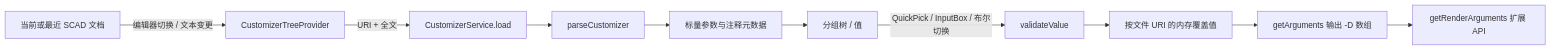
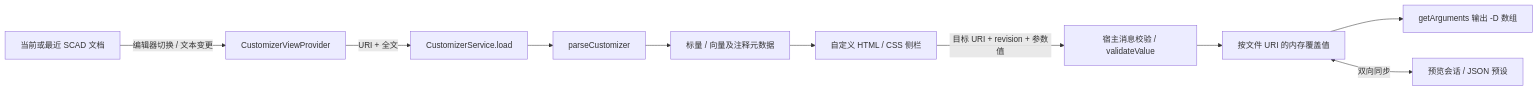
One commit to peterisdev42/scad-ai-ide changed the third of 3 diagrams in docs/architecture-research.md. Above: the diagram before and after it, drawn with Mermaid. The commit also changed other lines of this file and 113 other files, not shown here.

````diff
--- a/docs/architecture-research.md
+++ b/docs/architecture-research.md
@@ -120,12 +120,12 @@
 ```mermaid
 flowchart LR
-    Doc[当前或最近 SCAD 文档] -->|编辑器切换 / 文本变更| Tree[CustomizerTreeProvider]
-    Tree -->|URI + 全文| Service[CustomizerService.load]
+    Doc[当前或最近 SCAD 文档] -->|编辑器切换 / 文本变更| Provider[CustomizerViewProvider]
+    Provider -->|URI + 全文| Service[CustomizerService.load]
     Service --> Parser[parseCustomizer]
-    Parser --> Params[标量参数与注释元数据]
-    Params --> View[分组树 / 值]
-    View -->|QuickPick / InputBox / 布尔切换| Validate[validateValue]
+    Parser --> Params[标量 / 向量及注释元数据]
+    Params --> View[自定义 HTML / CSS 侧栏]
+    View -->|目标 URI + revision + 参数值| Validate[宿主消息校验 / validateValue]
     Validate --> Override[按文件 URI 的内存覆盖值]
     Override --> CLI[getArguments 输出 -D 数组]
-    CLI --> API[getRenderArguments 扩展 API]
+    Override <-->|双向同步| Preview[预览会话 / JSON 预设]
 ```
````
